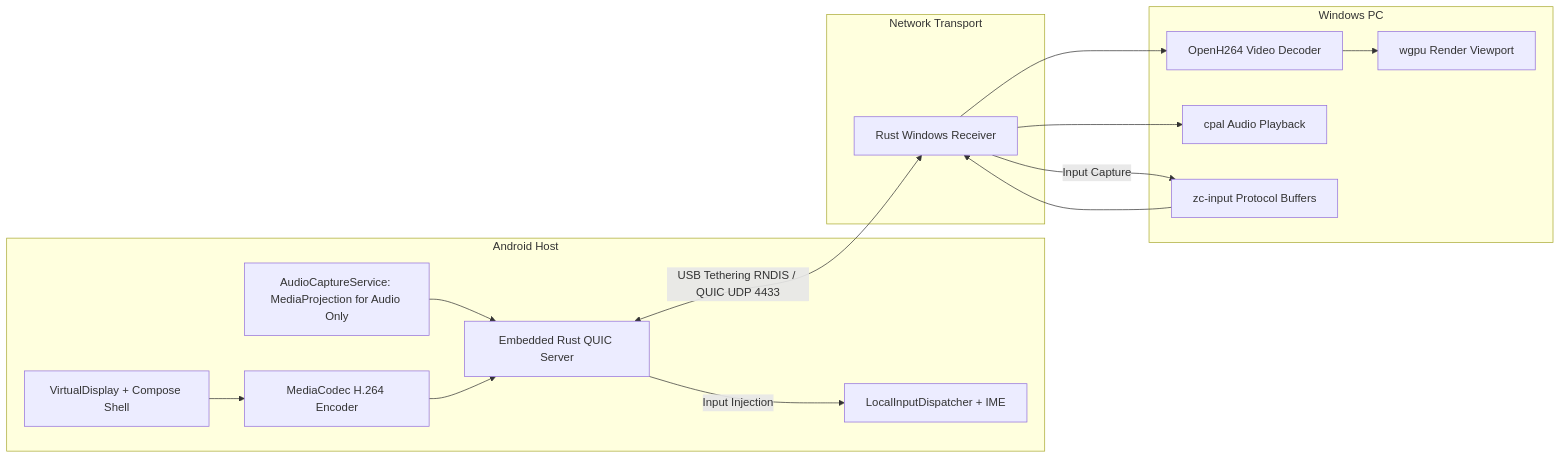
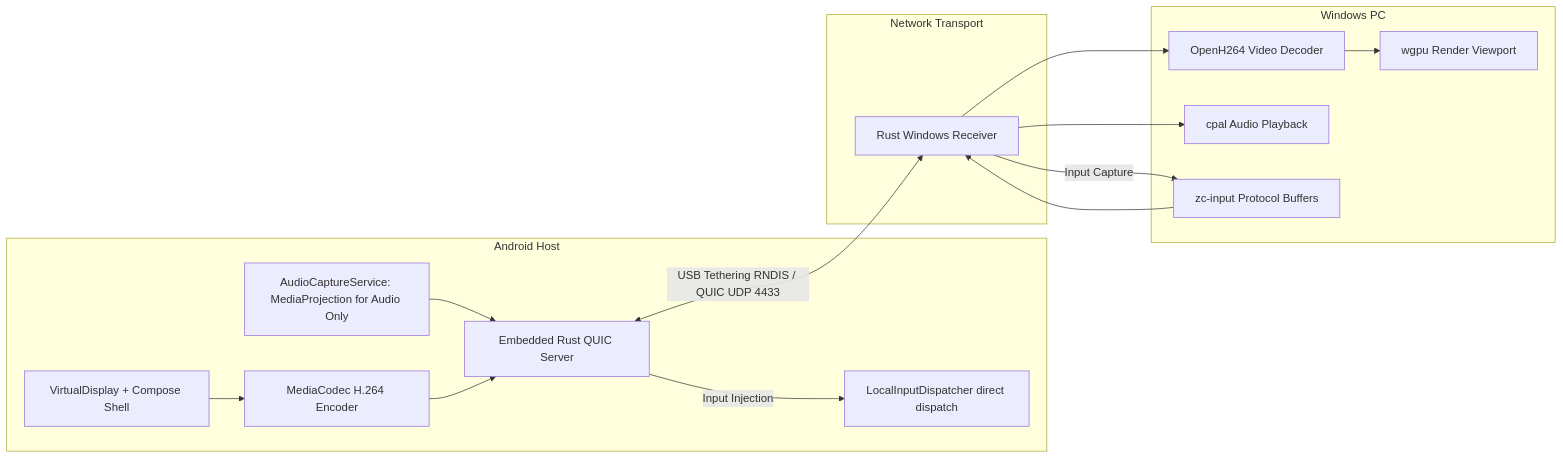
One commit to Fraagman/AndriodDEX-V2 changed the diagram in AndroidDEX.md. Above: the diagram before and after it, drawn with Mermaid. The commit also changed other lines of this file and 86 other files, not shown here.

````diff
--- a/AndroidDEX.md
+++ b/AndroidDEX.md
@@ -9,19 +9,19 @@
 ```mermaid
 graph LR
     subgraph Android Host
         VD[VirtualDisplay + Compose Shell] --> MC[MediaCodec H.264 Encoder]
         AC[AudioCaptureService: MediaProjection for Audio Only] --> QS[Embedded Rust QUIC Server]
         MC --> QS
-        QS -->|Input Injection| ID[LocalInputDispatcher + IME]
+        QS -->|Input Injection| ID[LocalInputDispatcher direct dispatch]
     end
     subgraph Network Transport
         QS <-->|USB Tethering RNDIS / QUIC UDP 4433| WR[Rust Windows Receiver]
     end
     subgraph Windows PC
         WR --> DEC[OpenH264 Video Decoder]
         DEC --> WGPU[wgpu Render Viewport]
         WR --> AUD[cpal Audio Playback]
         WR -->|Input Capture| INP[zc-input Protocol Buffers]
         INP --> WR
     end
 ```
````
